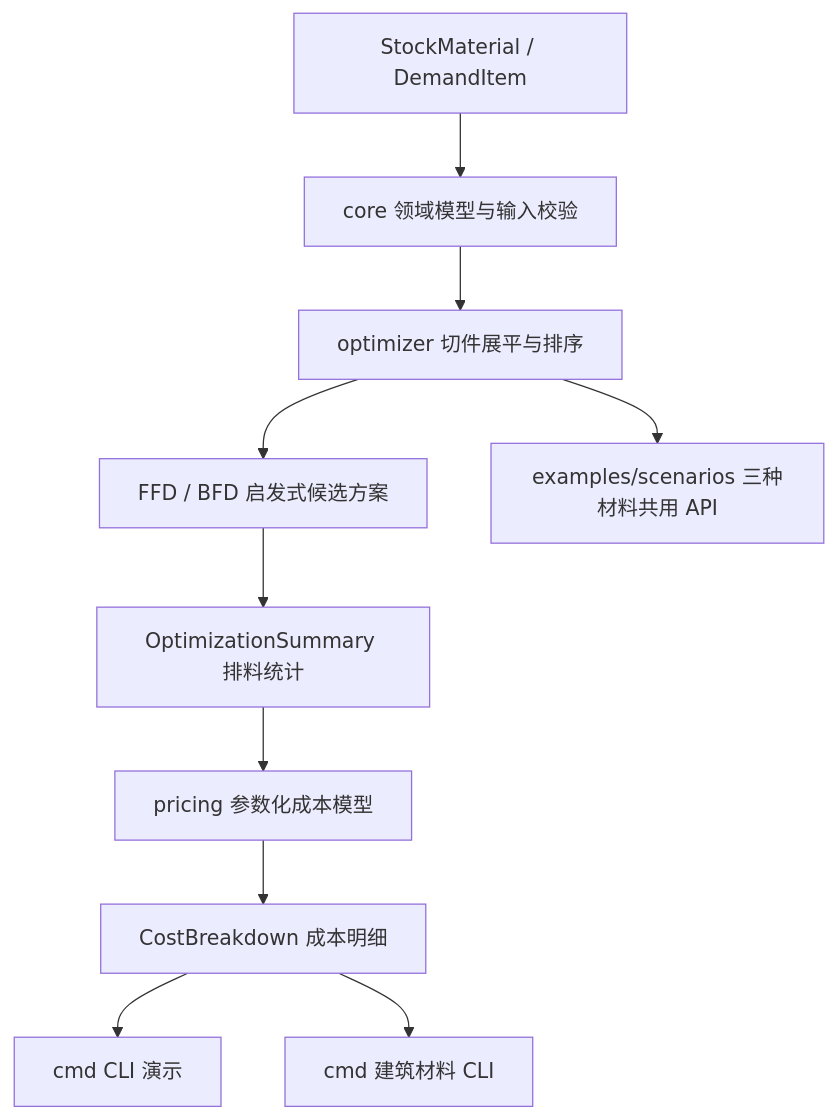
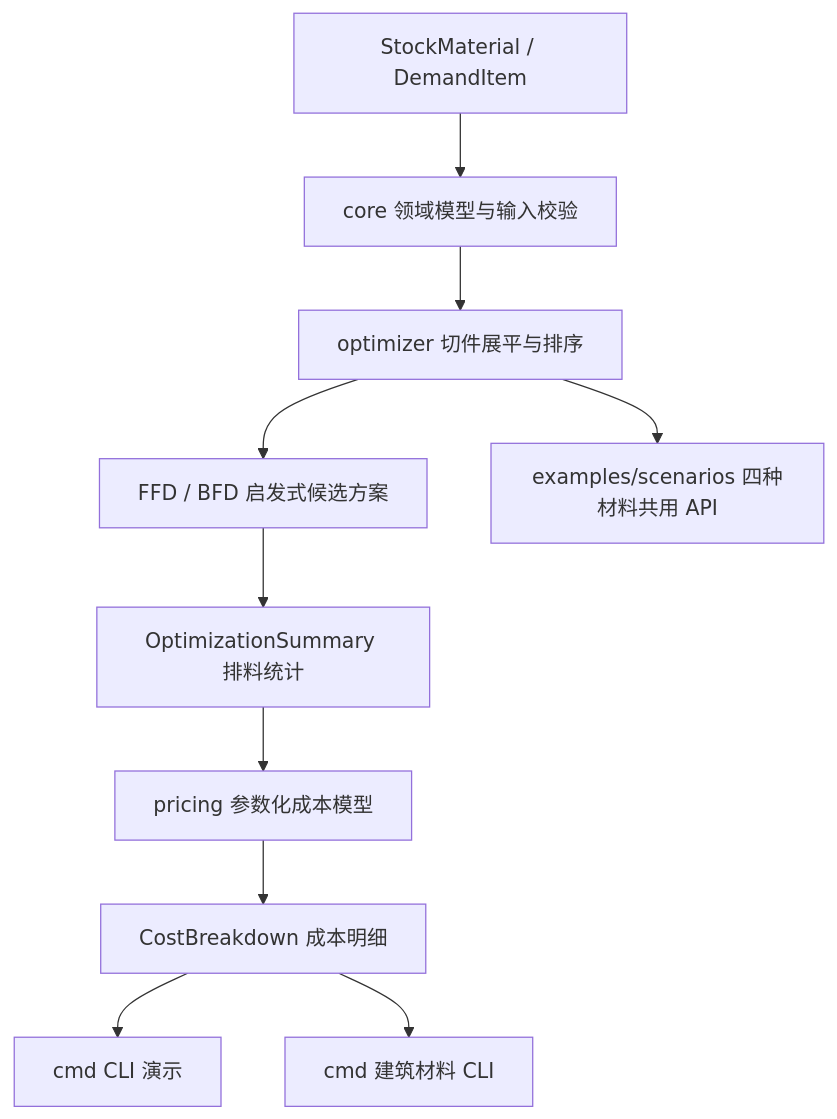
One commit to Wchwch777/Scantling changed the diagram in docs/project-application.md. Above: the diagram before and after it, drawn with Mermaid. The commit also changed other lines of this file and 13 other files, not shown here.

````diff
--- a/docs/project-application.md
+++ b/docs/project-application.md
@@ -102,12 +104,12 @@
 ```mermaid
 graph TD
     A[StockMaterial / DemandItem] --> B[core 领域模型与输入校验]
     B --> C[optimizer 切件展平与排序]
     C --> D[FFD / BFD 启发式候选方案]
     D --> E[OptimizationSummary 排料统计]
     E --> F[pricing 参数化成本模型]
     F --> G[CostBreakdown 成本明细]
     G --> H[cmd CLI 演示]
     G --> I[cmd 建筑材料 CLI]
-    C --> J[examples/scenarios 三种材料共用 API]
+    C --> J[examples/scenarios 四种材料共用 API]
 ```
````
